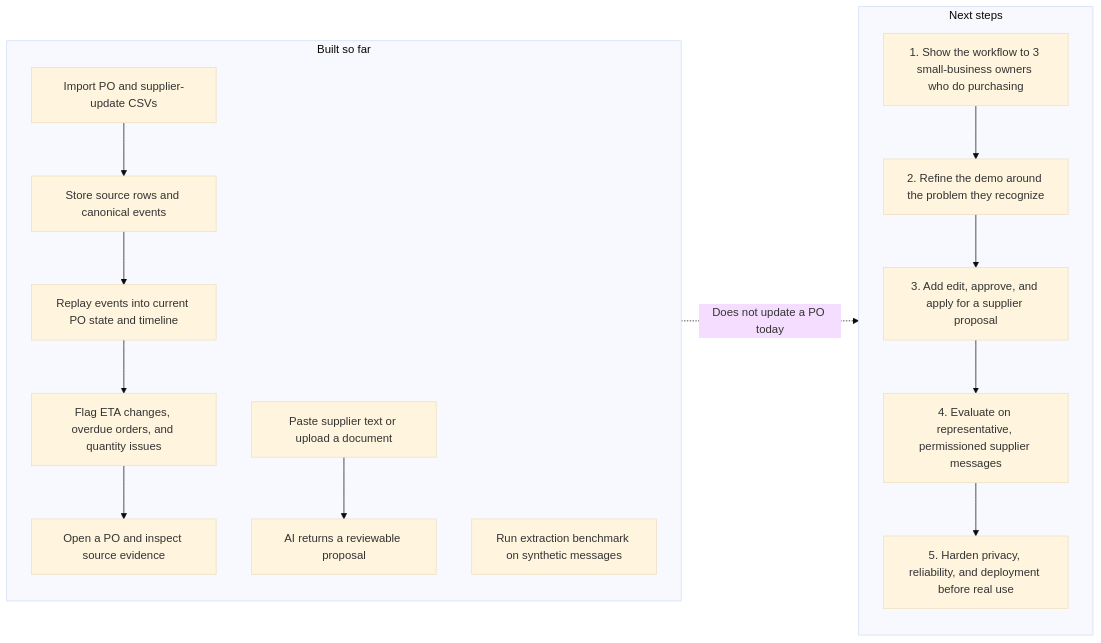
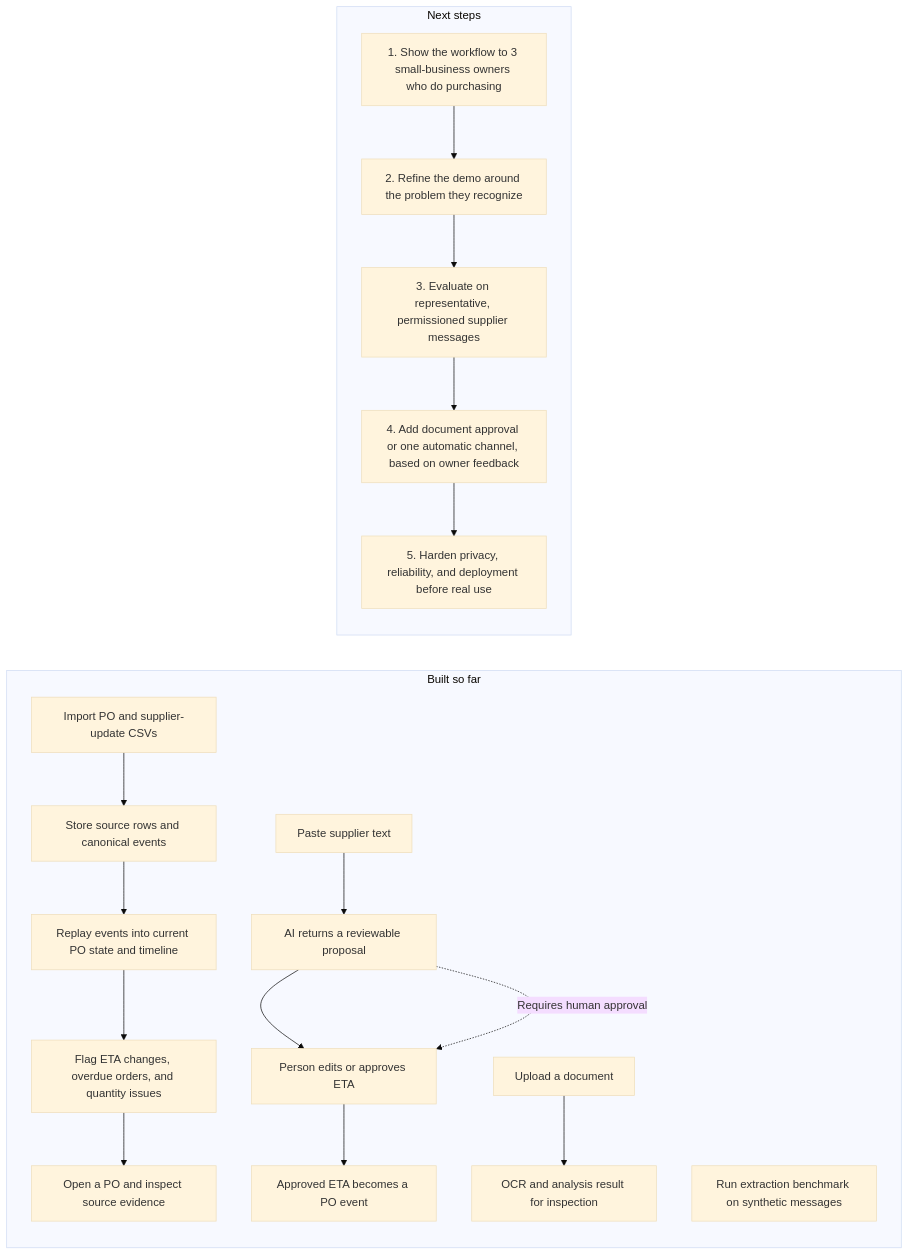
The diagram in docs/PROJECT_STATUS.md (taalib25/ProcureBrain), drawn with Mermaid (base theme) before and after one commit. The commit also changed other lines of this file and 7 other files, not shown here.

Commit message:
feat: add human approval for supplier ETA updates

````diff
--- a/docs/PROJECT_STATUS.md
+++ b/docs/PROJECT_STATUS.md
@@ -8,24 +8,27 @@
 ```mermaid
 flowchart LR
   subgraph built[Built so far]
     direction TB
     CSV[Import PO and supplier-update CSVs] --> Events[Store source rows and canonical events]
     Events --> State[Replay events into current PO state and timeline]
     State --> Queue[Flag ETA changes, overdue orders, and quantity issues]
     Queue --> Evidence[Open a PO and inspect source evidence]
-    Text[Paste supplier text or upload a document] --> Proposal[AI returns a reviewable proposal]
+    Text[Paste supplier text] --> Proposal[AI returns a reviewable proposal]
+    Proposal --> Approval[Person edits or approves ETA]
+    Approval --> Applied[Approved ETA becomes a PO event]
+    Document[Upload a document] --> Ocr[OCR and analysis result for inspection]
     Eval[Run extraction benchmark on synthetic messages]
   end
 
   subgraph next[Next steps]
     direction TB
     Validate[1. Show the workflow to 3 small-business owners who do purchasing]
     Demo[2. Refine the demo around the problem they recognize]
-    Apply[3. Add edit, approve, and apply for a supplier proposal]
-    RealData[4. Evaluate on representative, permissioned supplier messages]
+    RealData[3. Evaluate on representative, permissioned supplier messages]
+    Channels[4. Add document approval or one automatic channel, based on owner feedback]
     Ready[5. Harden privacy, reliability, and deployment before real use]
-    Validate --> Demo --> Apply --> RealData --> Ready
+    Validate --> Demo --> RealData --> Channels --> Ready
   end
 
-  Proposal -. Does not update a PO today .-> Apply
+  Proposal -. Requires human approval .-> Approval
 ```
````
